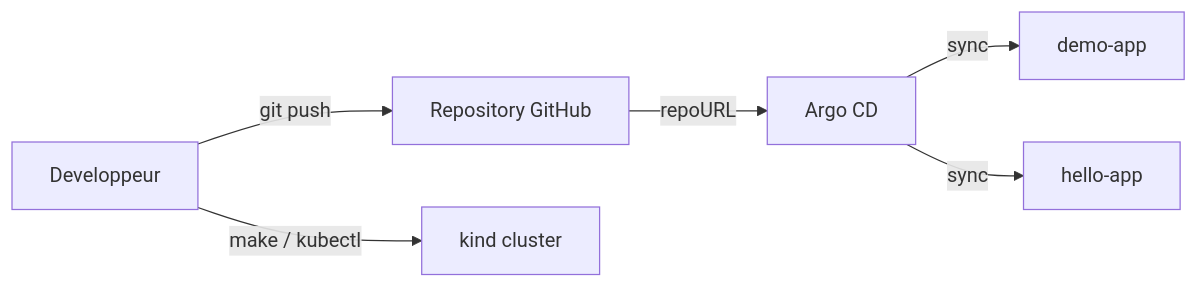
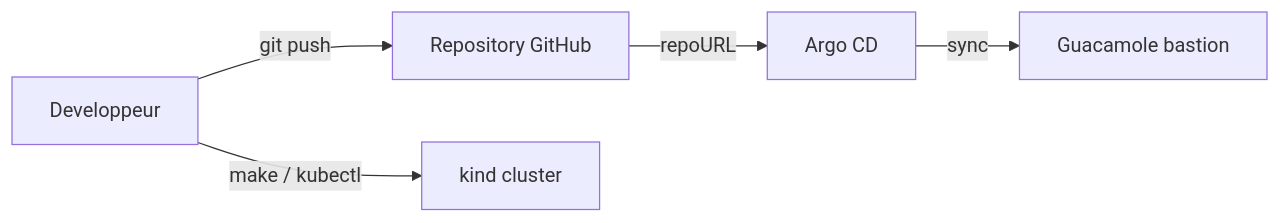
One commit to RobinThiriet/ArgoCD changed the first of 2 diagrams in docs/architecture.md. Above: the diagram before and after it, drawn with Mermaid. The commit also changed other lines of this file and 40 other files, not shown here.

Commit message:
refactor: focus guacamole branch on bastion only

````diff
--- a/docs/architecture.md
+++ b/docs/architecture.md
@@ -14,8 +14,7 @@
 ```mermaid
 flowchart LR
     Dev[Developpeur] -->|git push| GitHub[Repository GitHub]
     Dev -->|make / kubectl| Cluster[kind cluster]
     GitHub -->|repoURL| ArgoCD[Argo CD]
-    ArgoCD -->|sync| Demo[demo-app]
-    ArgoCD -->|sync| Hello[hello-app]
+    ArgoCD -->|sync| Guacamole[Guacamole bastion]
 ```
````
